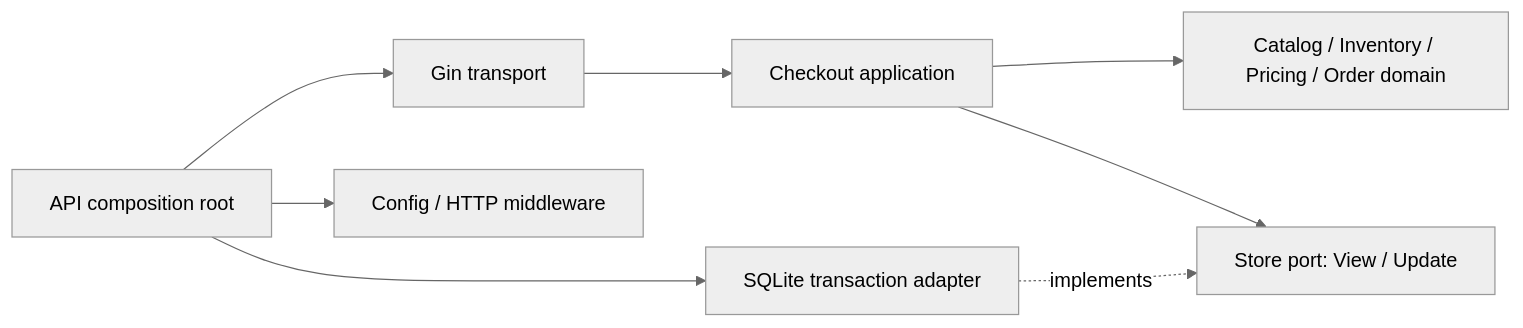
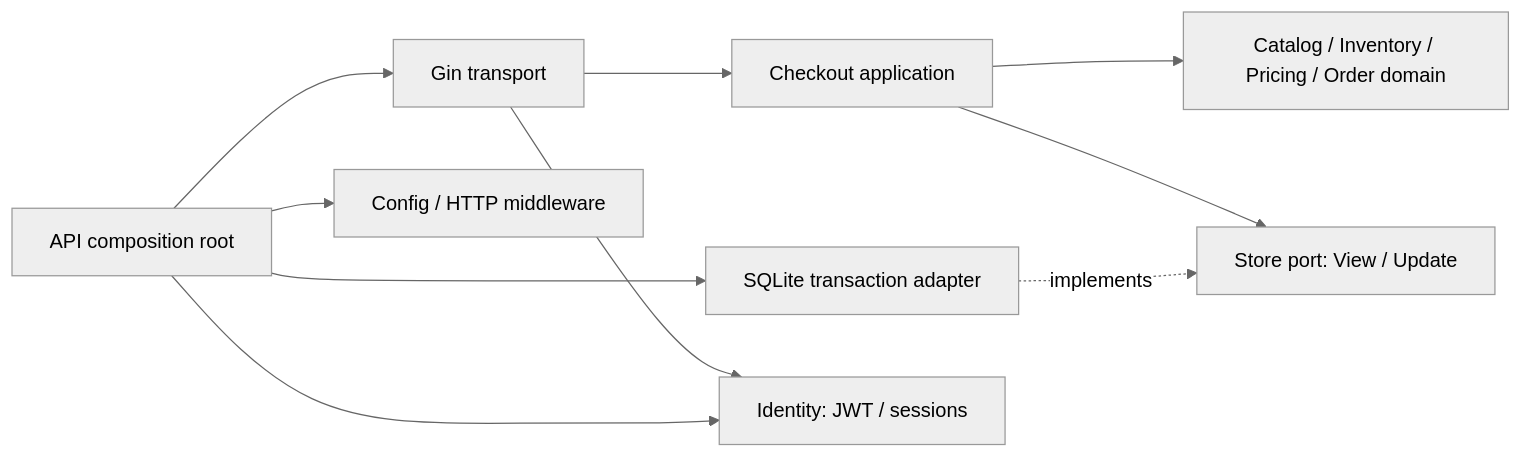
One commit to aqutw/Golang-with-Gin-ecommerce-API-starter-202610 changed the diagram in README.md. Above: the diagram before and after it, drawn with Mermaid (neutral theme). The commit also changed 3 other files, not shown here.

````diff
--- a/README.md
+++ b/README.md
@@ -111,10 +111,12 @@
 ```mermaid
 flowchart LR
     HTTP[Gin transport] --> APP[Checkout application]
     APP --> RULE[Catalog / Inventory / Pricing / Order domain]
     APP --> PORT[Store port: View / Update]
     MEM[SQLite transaction adapter] -. implements .-> PORT
     ROOT[API composition root] --> HTTP
     ROOT --> MEM
+    HTTP --> AUTH[Identity: JWT / sessions]
+    ROOT --> AUTH
     ROOT --> PLATFORM[Config / HTTP middleware]
 ```
````
